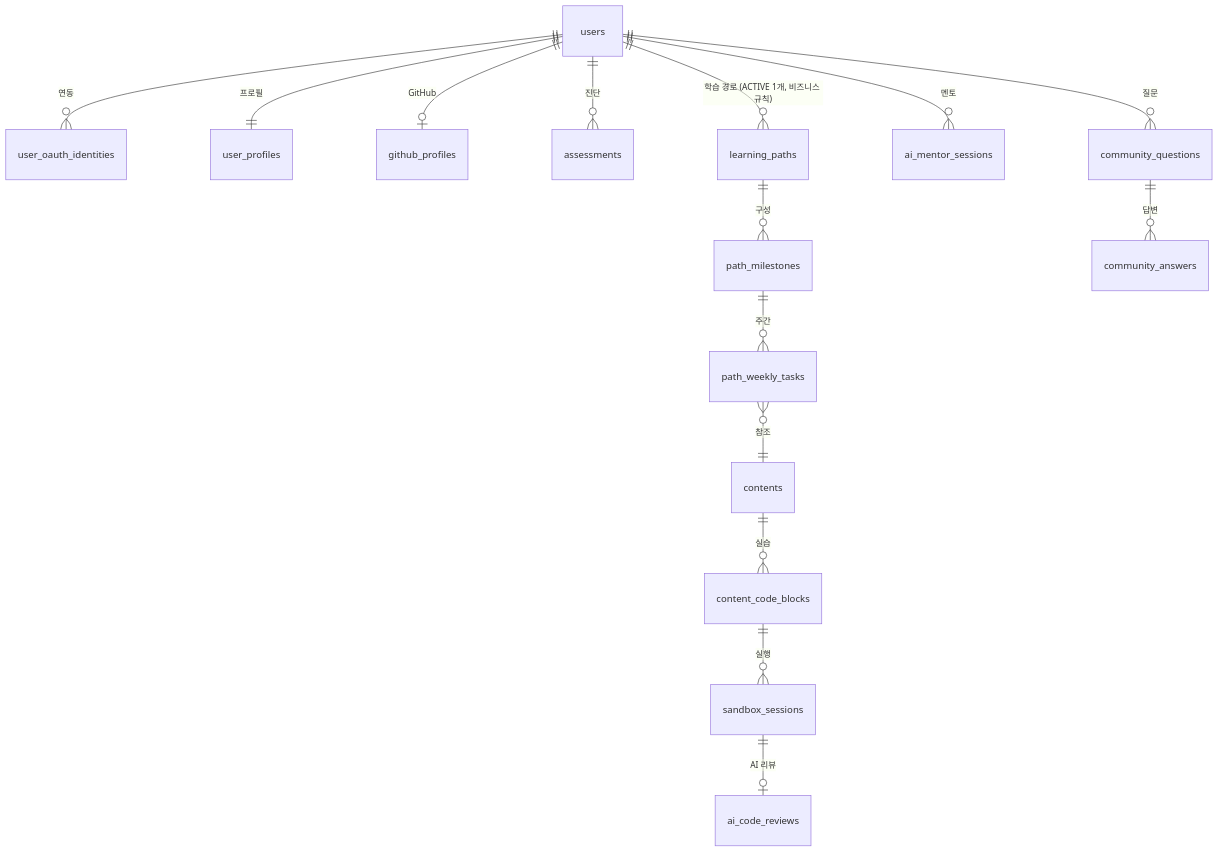
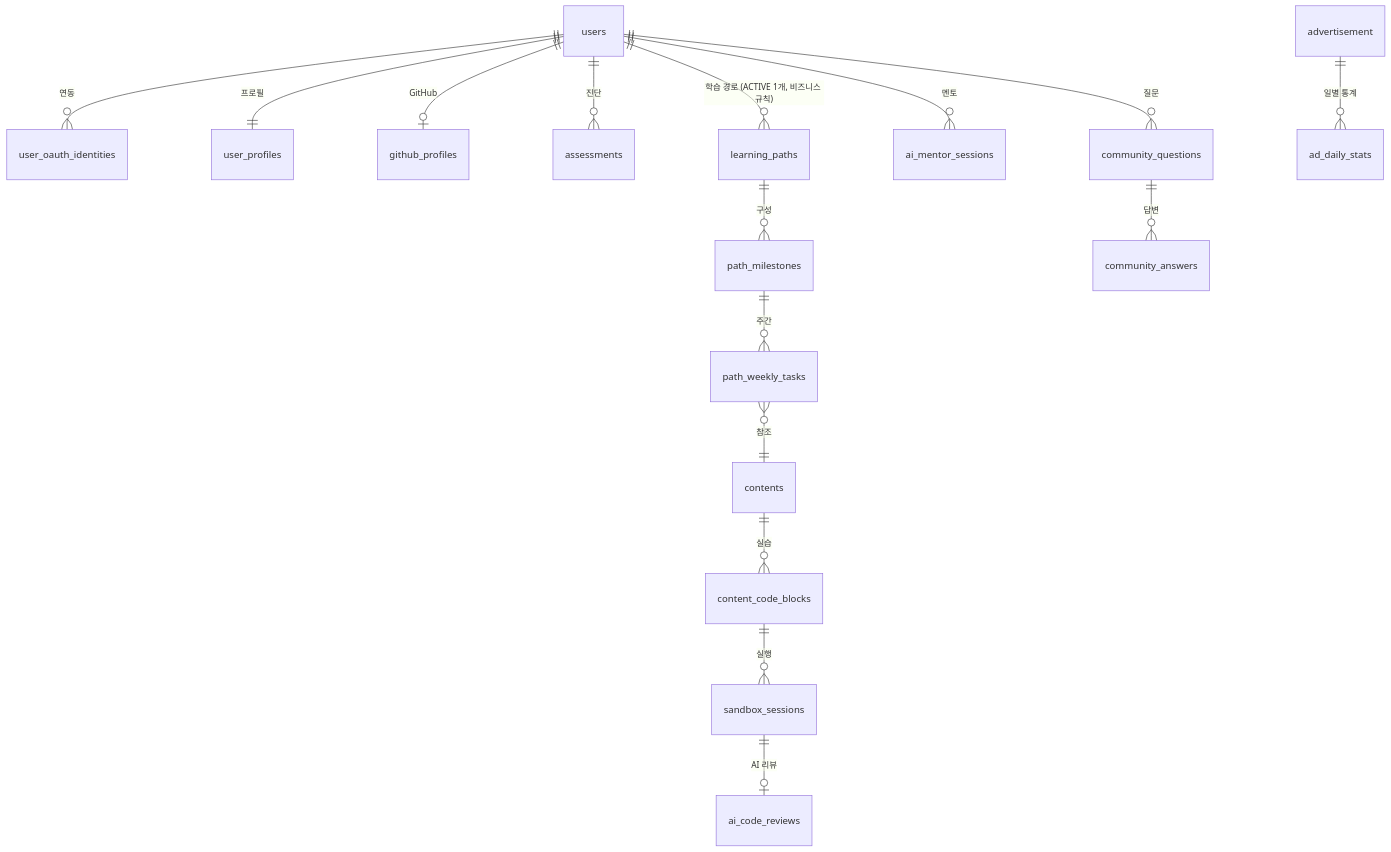
The diagram in 02_ERD_문서.md (DevPathAi/documents), drawn with Mermaid before and after one commit. The commit also changed other lines of this file and 3 other files, not shown here.

First line of the commit message:
docs: 베타 광고 API·ERD·스케줄·화면 반영 (7/22 머지분 정합)

````diff
--- a/02_ERD_문서.md
+++ b/02_ERD_문서.md
@@ -310,17 +314,18 @@
 ```mermaid
 erDiagram
     users ||--o{ user_oauth_identities : "연동"
     users ||--|| user_profiles : "프로필"
     users ||--o| github_profiles : "GitHub"
     users ||--o{ assessments : "진단"
     users ||--o{ learning_paths : "학습 경로 (ACTIVE 1개, 비즈니스 규칙)"
     learning_paths ||--o{ path_milestones : "구성"
     path_milestones ||--o{ path_weekly_tasks : "주간"
     path_weekly_tasks }o--|| contents : "참조"
     contents ||--o{ content_code_blocks : "실습"
     content_code_blocks ||--o{ sandbox_sessions : "실행"
     sandbox_sessions ||--o| ai_code_reviews : "AI 리뷰"
     users ||--o{ ai_mentor_sessions : "멘토"
     users ||--o{ community_questions : "질문"
     community_questions ||--o{ community_answers : "답변"
+    advertisement ||--o{ ad_daily_stats : "일별 통계"
 ```
````
